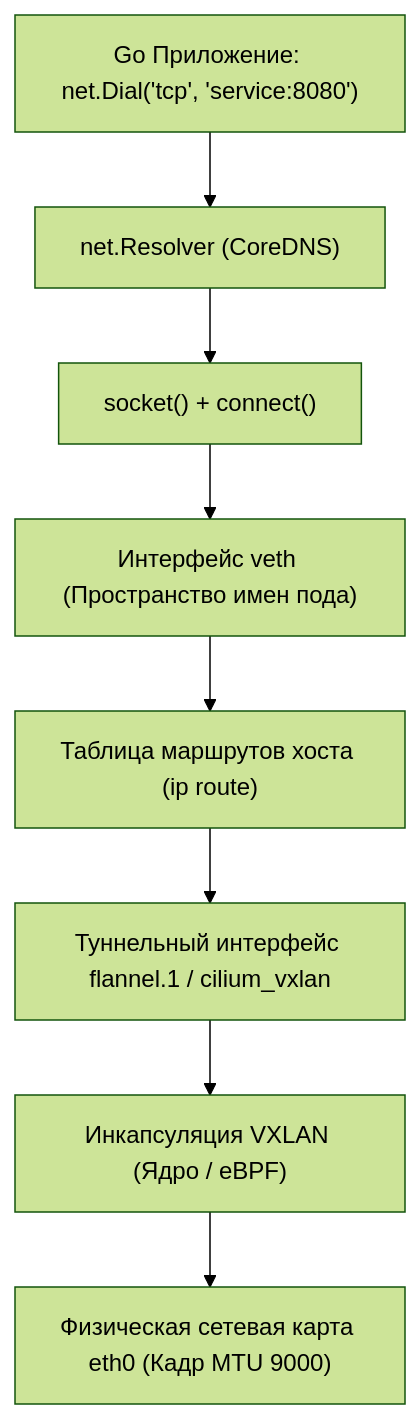
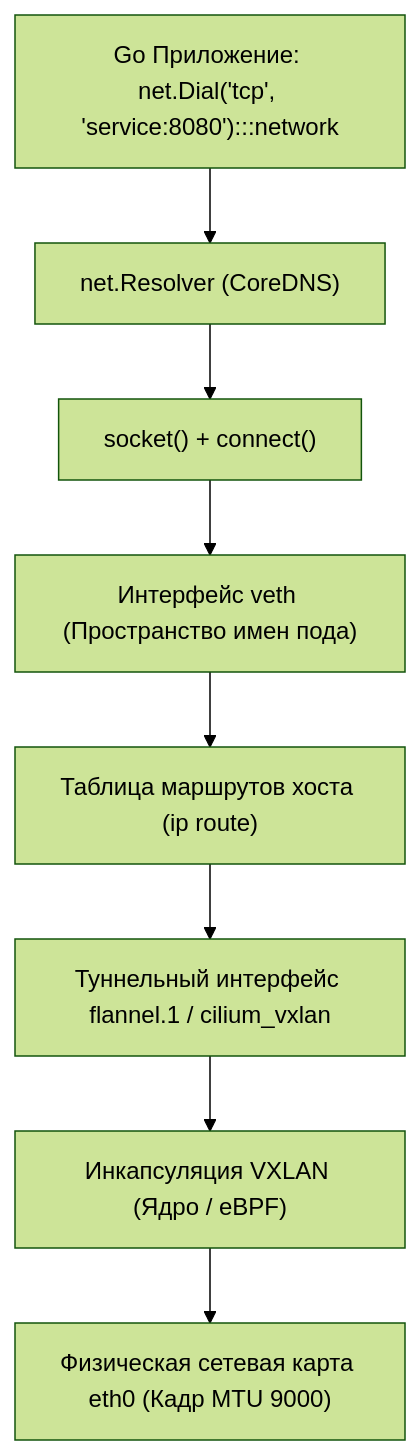
The fifth of 5 diagrams in sources/3. Компьютерные сети и сетевой стек/9. VLAN, VXLAN и сегментация сети.md (UnrealTemplier/go-textbook), drawn with Mermaid (forest theme) before and after one commit. The commit also changed other lines of this file and 1666 other files, not shown here.

First line of the commit message:
feat(mermaid): add semantic color classDef to 1369 colorless flowchart/graph diagrams

````diff
--- a/sources/3. Компьютерные сети и сетевой стек/9. VLAN, VXLAN и сегментация сети.md
+++ b/sources/3. Компьютерные сети и сетевой стек/9. VLAN, VXLAN и сегментация сети.md
@@ -207,10 +247,20 @@
 ```mermaid
 flowchart TD
-    GoApp["Go Приложение: net.Dial('tcp', 'service:8080')"] --> NetResolver["net.Resolver (CoreDNS)"]
+    classDef process  fill:#1e293b,stroke:#38bdf8,stroke-width:1px,color:#f8fafc
+    classDef success  fill:#064e3b,stroke:#34d399,stroke-width:1px,color:#f8fafc
+    classDef error    fill:#7f1d1d,stroke:#f87171,stroke-width:1px,color:#f8fafc
+    classDef warning  fill:#78350f,stroke:#fbbf24,stroke-width:1px,color:#f8fafc
+    classDef entry    fill:#1e3a5f,stroke:#38bdf8,stroke-width:2px,color:#f8fafc
+    classDef aux      fill:#334155,stroke:#64748b,stroke-width:1px,color:#f8fafc
+    classDef system   fill:#312e81,stroke:#a78bfa,stroke-width:1px,color:#f8fafc
+    classDef data     fill:#132d29,stroke:#2dd4bf,stroke-width:1px,color:#f8fafc
+    classDef network  fill:#881337,stroke:#fb7185,stroke-width:1px,color:#f8fafc
+    classDef accent   fill:#1e1b4b,stroke:#818cf8,stroke-width:1px,color:#f8fafc
+    GoApp["Go Приложение: net.Dial('tcp', 'service:8080'):::network"] --> NetResolver["net.Resolver (CoreDNS)"]
     NetResolver --> Syscall["socket() + connect()"]
     Syscall --> VethPair["Интерфейс veth (Пространство имен пода)"]
     VethPair --> HostRouting["Таблица маршрутов хоста (ip route)"]
     HostRouting --> TunnelDev["Туннельный интерфейс flannel.1 / cilium_vxlan"]
     TunnelDev --> Netfilter["Инкапсуляция VXLAN (Ядро / eBPF)"]
     Netfilter --> PhysNIC["Физическая сетевая карта eth0 (Кадр MTU 9000)"]
 ```
````
